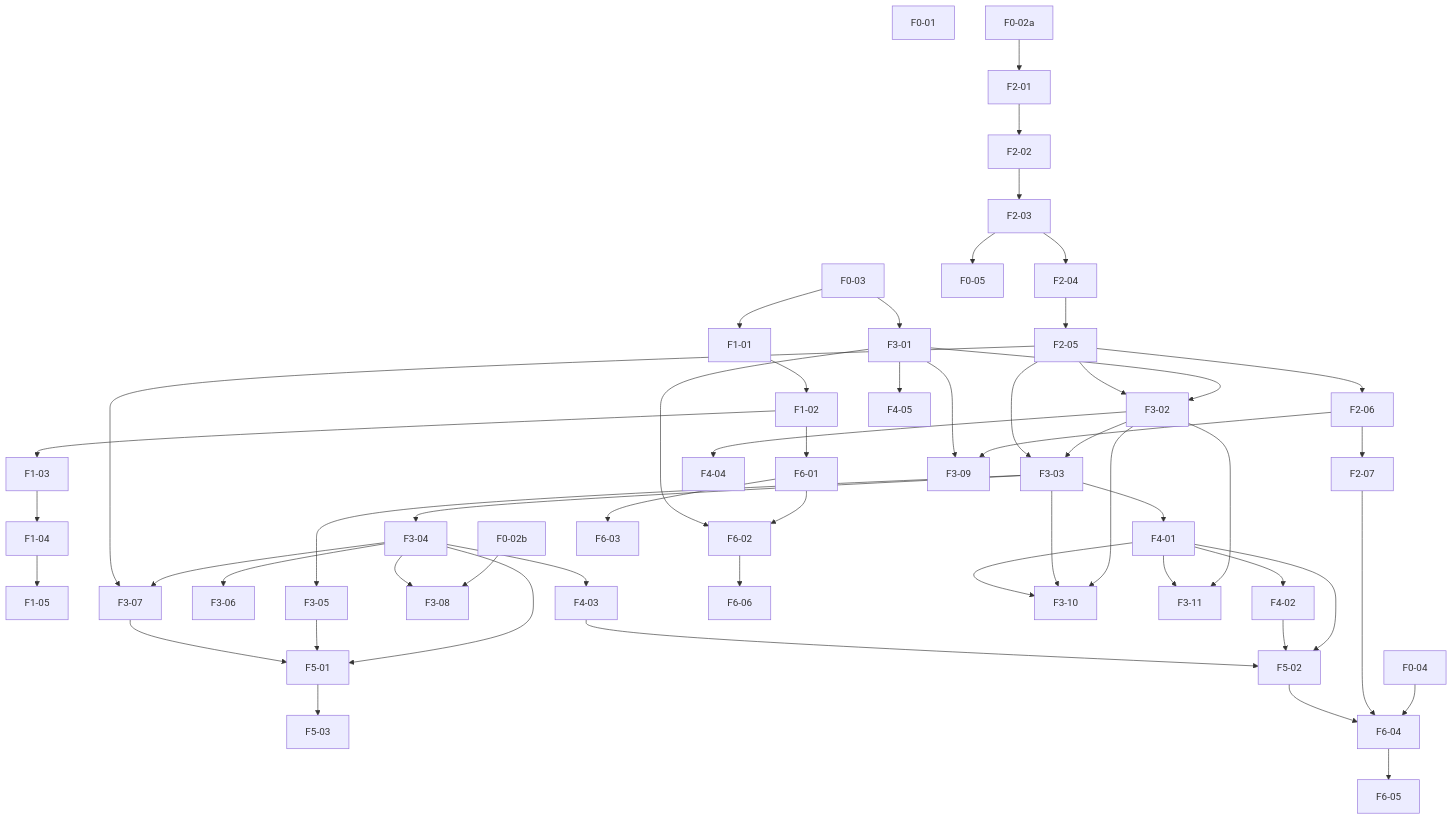
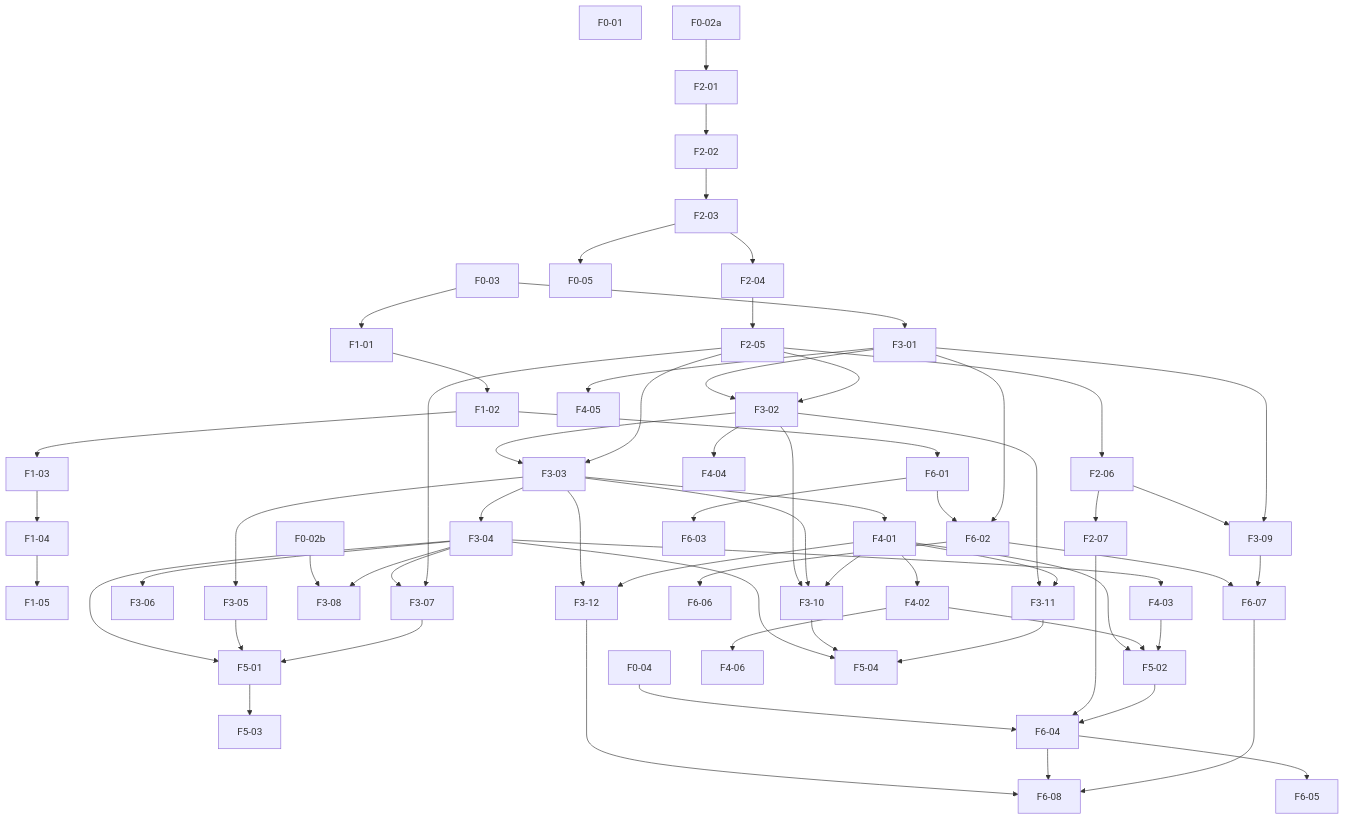
Before and after one commit to Equipo-03-Proyecto10/retail-segmentation: the diagram in docs/backlog.md, drawn with Mermaid. The commit also changed other lines of this file and 1 other file, not shown here.

````diff
--- a/docs/backlog.md
+++ b/docs/backlog.md
@@ -21,60 +21,76 @@
 ```mermaid
 flowchart TD
     F0-01
     F0-02a["F0-02a"]
     F0-02b["F0-02b"]
     F0-03
     F0-04
     F0-05
 
     F0-03 --> F1-01 --> F1-02 --> F1-03 --> F1-04 --> F1-05
 
     F0-02a --> F2-01 --> F2-02 --> F2-03 --> F2-04 --> F2-05 --> F2-06 --> F2-07
 
     F0-03 --> F3-01
     F3-01 --> F3-02
     F2-05 --> F3-02
     F3-02 --> F3-03
     F2-05 --> F3-03
     F3-03 --> F3-04
     F3-03 --> F3-05
     F3-04 --> F3-06
     F3-04 --> F3-07
     F2-05 --> F3-07
     F0-02b --> F3-08
     F3-04 --> F3-08
 
     F3-03 --> F4-01 --> F4-02
     F3-04 --> F4-03
     F3-02 --> F4-04
     F3-01 --> F4-05
 
     F3-04 --> F5-01
     F3-05 --> F5-01
     F3-07 --> F5-01
     F5-01 --> F5-03
     F4-01 --> F5-02
     F4-02 --> F5-02
     F4-03 --> F5-02
 
     F1-02 --> F6-01 --> F6-02
     F3-01 --> F6-02
     F6-01 --> F6-03
     F0-04 --> F6-04
     F2-07 --> F6-04
     F5-02 --> F6-04
     F6-04 --> F6-05
     F6-02 --> F6-06
 
     F2-06 --> F3-09
     F3-01 --> F3-09
 
     F2-03 --> F0-05
 
     F3-02 --> F3-10
     F3-03 --> F3-10
     F4-01 --> F3-10
 
     F3-02 --> F3-11
     F4-01 --> F3-11
+
+    F3-03 --> F3-12
+    F4-01 --> F3-12
+
+    F4-02 --> F4-06
+
+    F3-04 --> F5-04
+    F3-10 --> F5-04
+    F3-11 --> F5-04
+
+    F6-02 --> F6-07
+    F3-09 --> F6-07
+
+    F3-12 --> F6-08
+    F6-04 --> F6-08
+    F6-07 --> F6-08
 ```
````
